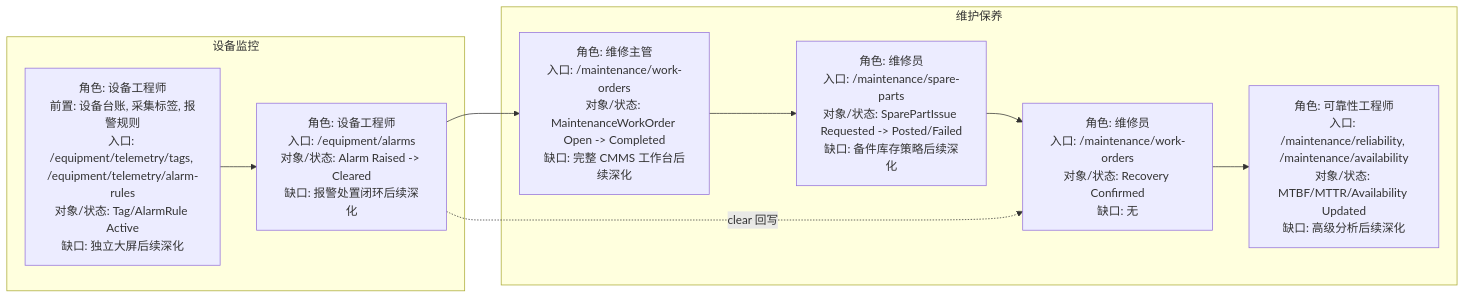
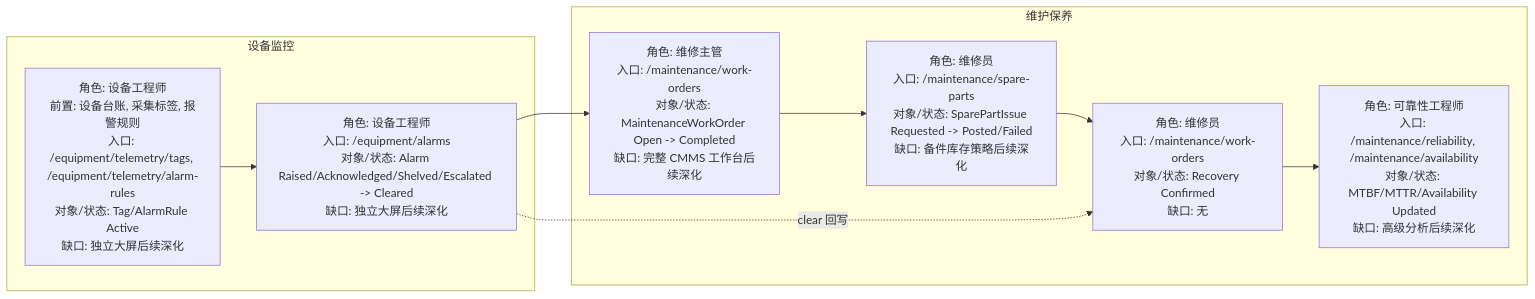
The fifth of 6 diagrams in frontend/apps/docs/docs/processes/index.md (Mang-X/Nerv-IIP), drawn with Mermaid before and after one commit. The commit also changed other lines of this file and 39 other files, not shown here.

````diff
--- a/frontend/apps/docs/docs/processes/index.md
+++ b/frontend/apps/docs/docs/processes/index.md
@@ -147,16 +147,16 @@
 ```mermaid
 flowchart LR
   subgraph Telemetry["设备监控"]
     T0["角色: 设备工程师<br/>前置: 设备台账, 采集标签, 报警规则<br/>入口: /equipment/telemetry/tags, /equipment/telemetry/alarm-rules<br/>对象/状态: Tag/AlarmRule Active<br/>缺口: 独立大屏后续深化"]
-    T1["角色: 设备工程师<br/>入口: /equipment/alarms<br/>对象/状态: Alarm Raised -> Cleared<br/>缺口: 报警处置闭环后续深化"]
+    T1["角色: 设备工程师<br/>入口: /equipment/alarms<br/>对象/状态: Alarm Raised/Acknowledged/Shelved/Escalated -> Cleared<br/>缺口: 独立大屏后续深化"]
   end
   subgraph Maintenance["维护保养"]
     M0["角色: 维修主管<br/>入口: /maintenance/work-orders<br/>对象/状态: MaintenanceWorkOrder Open -> Completed<br/>缺口: 完整 CMMS 工作台后续深化"]
     M1["角色: 维修员<br/>入口: /maintenance/spare-parts<br/>对象/状态: SparePartIssue Requested -> Posted/Failed<br/>缺口: 备件库存策略后续深化"]
     M2["角色: 维修员<br/>入口: /maintenance/work-orders<br/>对象/状态: Recovery Confirmed<br/>缺口: 无"]
     M3["角色: 可靠性工程师<br/>入口: /maintenance/reliability, /maintenance/availability<br/>对象/状态: MTBF/MTTR/Availability Updated<br/>缺口: 高级分析后续深化"]
   end
 
   T0 --> T1 --> M0 --> M1 --> M2 --> M3
   T1 -.clear 回写.-> M2
 ```
````
